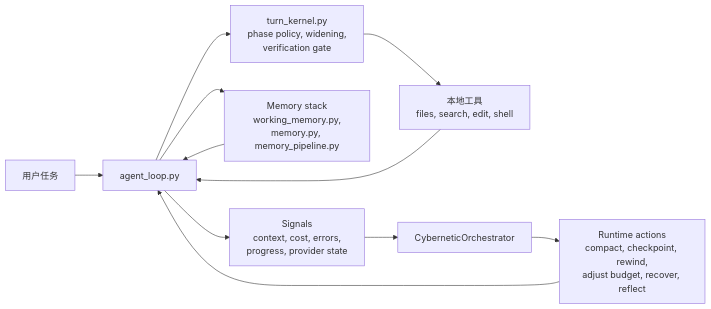
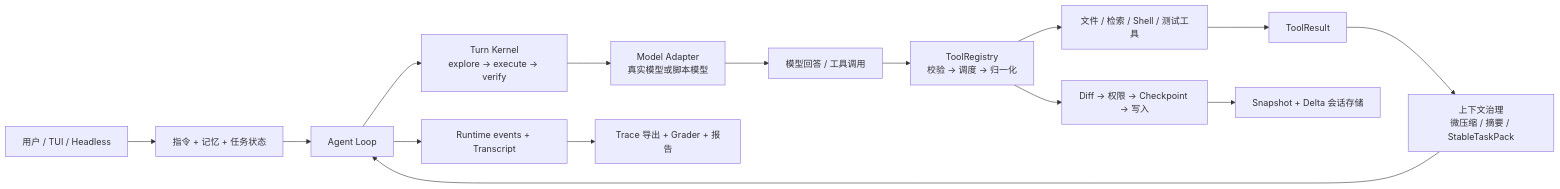
One commit to llyyyq/RepoTerm changed the diagram in README.zh-CN.md. Above: the diagram before and after it, drawn with Mermaid. The commit also changed other lines of this file and 6 other files, not shown here.

````diff
--- a/README.zh-CN.md
+++ b/README.zh-CN.md
@@ -229,14 +56,17 @@
 ```mermaid
 flowchart LR
-    User["用户任务"] --> Loop["agent_loop.py"]
-    Loop --> Kernel["turn_kernel.py<br/>phase policy, widening,<br/>verification gate"]
-    Loop --> Memory["Memory stack<br/>working_memory.py,<br/>memory.py, memory_pipeline.py"]
-    Kernel --> Tools["本地工具<br/>files, search, edit, shell"]
-    Tools --> Loop
-    Memory --> Loop
-
-    Loop --> Signals["Signals<br/>context, cost, errors,<br/>progress, provider state"]
-    Signals --> Orchestrator["CyberneticOrchestrator"]
-    Orchestrator --> Actions["Runtime actions<br/>compact, checkpoint, rewind,<br/>adjust budget, recover, reflect"]
-    Actions --> Loop
+    User["用户 / TUI / Headless"] --> Prompt["指令 + 记忆 + 任务状态"]
+    Prompt --> Loop["Agent Loop"]
+    Loop --> Turn["Turn Kernel<br/>explore → execute → verify"]
+    Turn --> Adapter["Model Adapter<br/>真实模型或脚本模型"]
+    Adapter --> Calls["模型回答 / 工具调用"]
+    Calls --> Registry["ToolRegistry<br/>校验 → 调度 → 归一化"]
+    Registry --> Tools["文件 / 检索 / Shell / 测试工具"]
+    Tools --> Result["ToolResult"]
+    Result --> Context["上下文治理<br/>微压缩 / 摘要 / StableTaskPack"]
+    Context --> Loop
+    Registry --> SafeWrite["Diff → 权限 → Checkpoint → 写入"]
+    SafeWrite --> Session["Snapshot + Delta 会话存储"]
+    Loop --> Events["Runtime events + Transcript"]
+    Events --> Evidence["Trace 导出 + Grader + 报告"]
 ```
````
